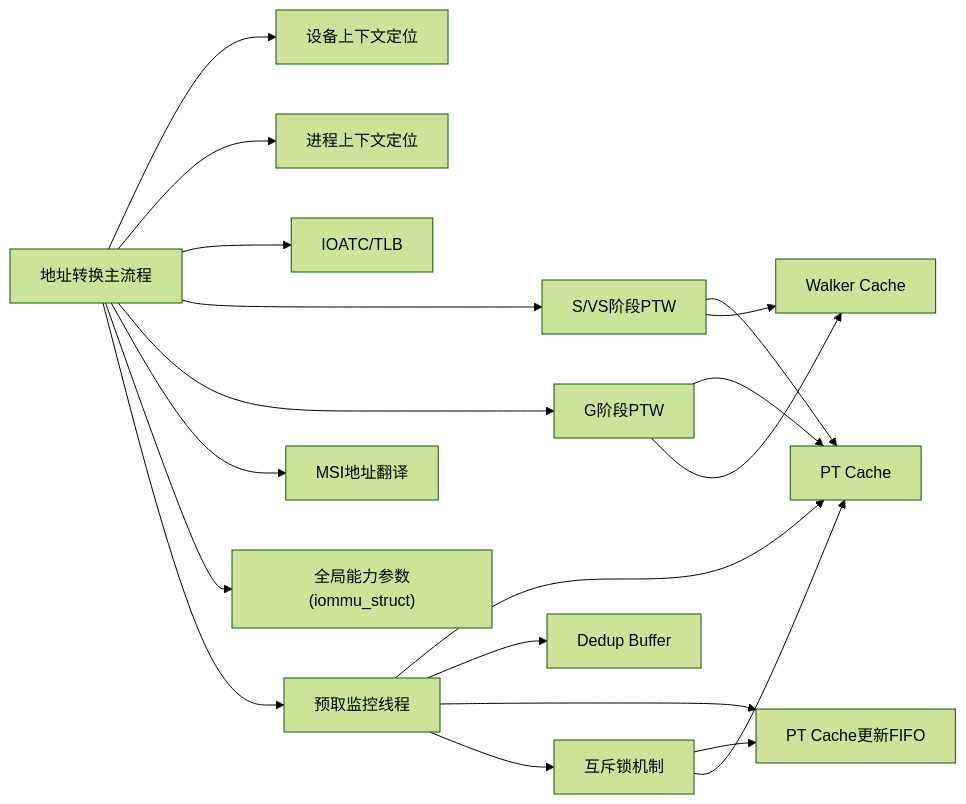
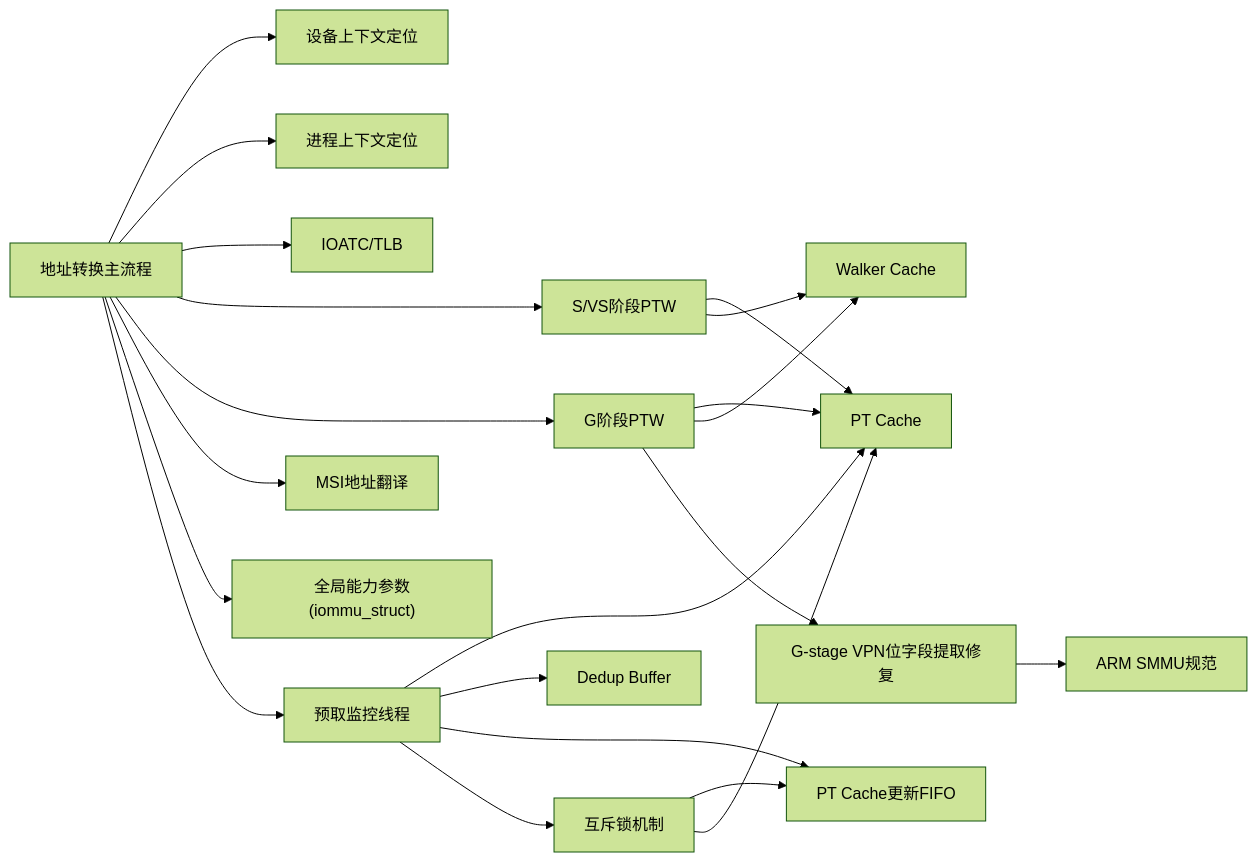
One commit to jiangjiang1122/iommu_model_20260401_v1 changed the ninth of 9 diagrams in .qoder/repowiki/zh/content/流水线设计/地址转换阶段.md. Above: the diagram before and after it, drawn with Mermaid (forest theme). The commit also changed other lines of this file and 55 other files, not shown here.

````diff
--- a/.qoder/repowiki/zh/content/流水线设计/地址转换阶段.md
+++ b/.qoder/repowiki/zh/content/流水线设计/地址转换阶段.md
@@ -496,21 +547,23 @@
 ```mermaid
 graph LR
 Trans["地址转换主流程"] --> DC["设备上下文定位"]
 Trans --> PC["进程上下文定位"]
 Trans --> TLB["IOATC/TLB"]
 Trans --> PTW["S/VS阶段PTW"]
 Trans --> GPTW["G阶段PTW"]
 PTW --> PTC["PT Cache"]
 GPTW --> PTC
 PTW --> WC["Walker Cache"]
 GPTW --> WC
 Trans --> MSI["MSI地址翻译"]
 Trans --> Reg["全局能力参数(iommu_struct)"]
 Trans --> PF["预取监控线程"]
 PF --> PTC
 PF --> Dedup["Dedup Buffer"]
 PF --> FIFO["PT Cache更新FIFO"]
 PF --> Mutex["互斥锁机制"]
 Mutex --> FIFO
 Mutex --> PTC
+GPTW --> VPNFix["G-stage VPN位字段提取修复"]
+VPNFix --> ARM["ARM SMMU规范"]
 ```
````
